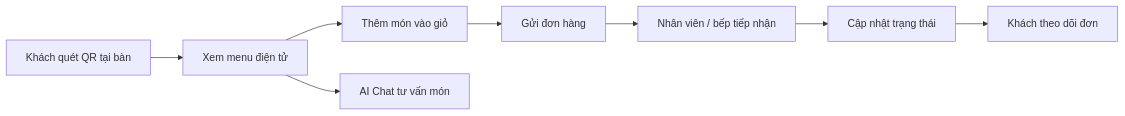
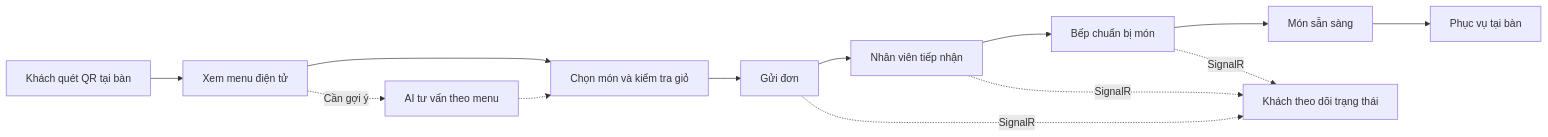
Before and after one commit to Anpham120/restaurant-qr-ai-ordering: the first of 2 diagrams in README.md, drawn with Mermaid. The commit also changed other lines of this file and 2 other files, not shown here.

````diff
--- a/README.md
+++ b/README.md
@@ -40,10 +46,15 @@
 ```mermaid
 flowchart LR
-  A["Khách quét QR tại bàn"] --> B["Xem menu điện tử"]
-  B --> C["Thêm món vào giỏ"]
-  C --> D["Gửi đơn hàng"]
-  D --> E["Nhân viên / bếp tiếp nhận"]
-  E --> F["Cập nhật trạng thái"]
-  F --> G["Khách theo dõi đơn"]
-  B --> H["AI Chat tư vấn món"]
+  Scan["Khách quét QR tại bàn"] --> Menu["Xem menu điện tử"]
+  Menu --> Cart["Chọn món và kiểm tra giỏ"]
+  Menu -. "Cần gợi ý" .-> AI["AI tư vấn theo menu"]
+  AI -.-> Cart
+  Cart --> Order["Gửi đơn"]
+  Order --> Staff["Nhân viên tiếp nhận"]
+  Staff --> Kitchen["Bếp chuẩn bị món"]
+  Kitchen --> Ready["Món sẵn sàng"]
+  Ready --> Served["Phục vụ tại bàn"]
+  Order -. "SignalR" .-> Track["Khách theo dõi trạng thái"]
+  Staff -. "SignalR" .-> Track
+  Kitchen -. "SignalR" .-> Track
 ```
````
